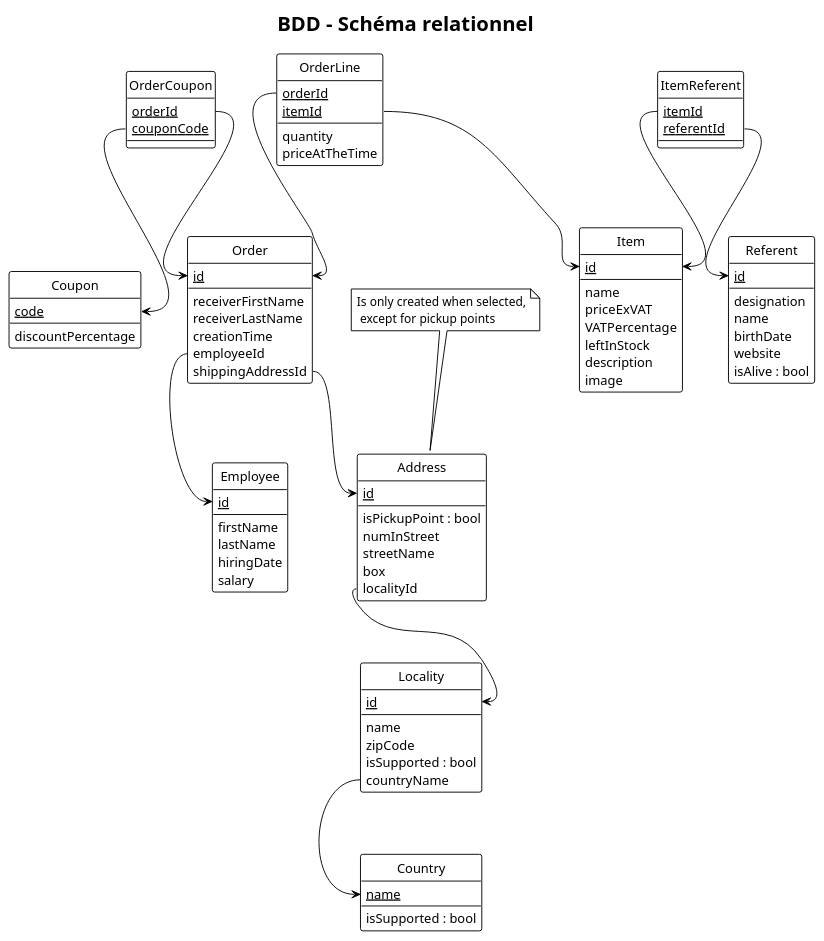
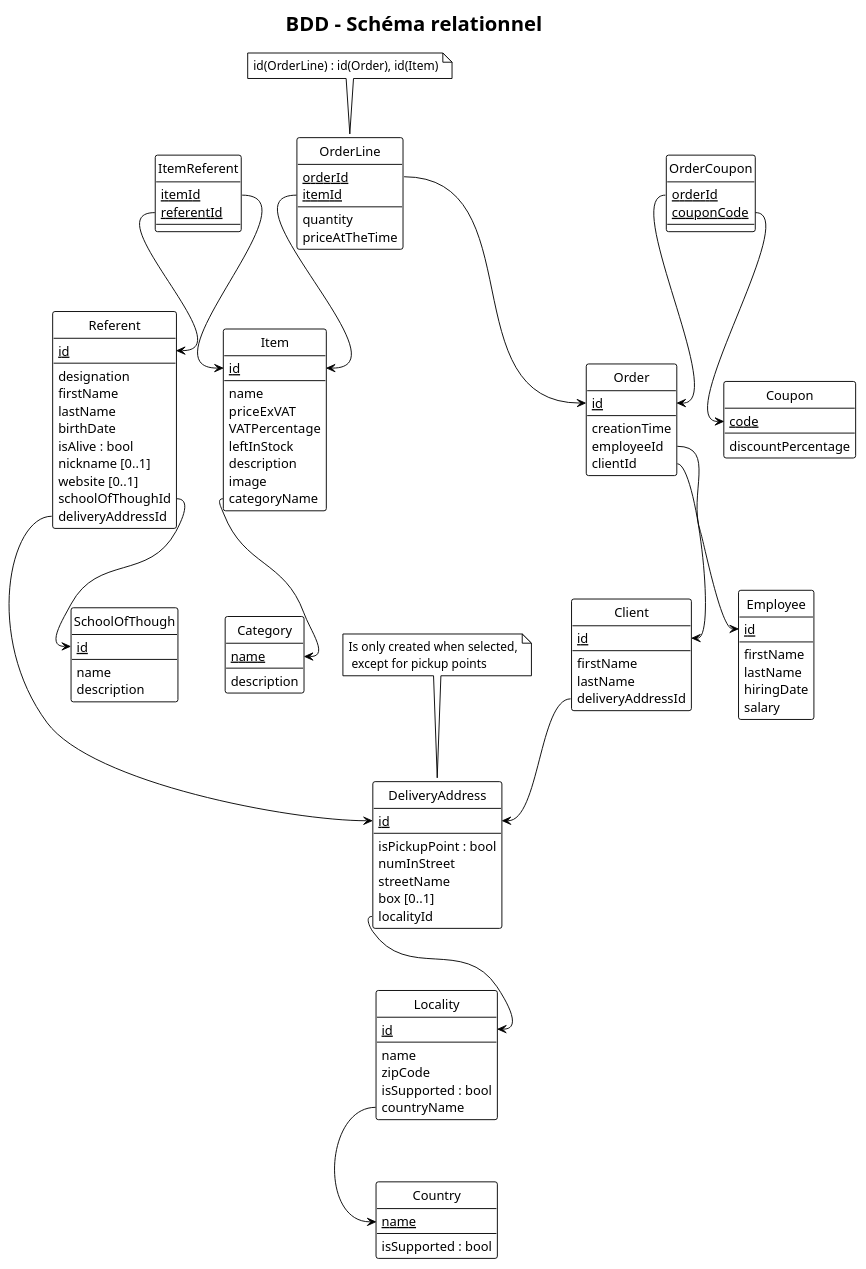
The diagram in BDD_Schéma_relationnel.puml (Keaexe/advanced_POO), drawn with PlantUML before and after one commit. The commit also changed 3 other files, not shown here.

Commit message:
update database diagrams

```diff
--- a/BDD_Schéma_relationnel.puml
+++ b/BDD_Schéma_relationnel.puml
@@ -1,106 +1,134 @@
 @startuml BDD - Schéma relationnel
 title BDD - Schéma relationnel
 !theme plain
 hide circle
 
-entity Item {
-    <u>id</u>
-    --
-    name
-    priceExVAT
-    VATPercentage
-    leftInStock
-    description
-    image
+entity Item{
+  <u>id</u>
+  --
+  name
+  priceExVAT
+  VATPercentage
+  leftInStock
+  description
+  image
+  categoryName
+}
+entity Category{
+  <u>name</u>
+  --
+  description
+}
+entity Referent{
+  <u>id</u>
+  --
+  designation
+  firstName
+  lastName
+  birthDate
+  isAlive : bool
+  nickname [0..1]
+  website [0..1]
+  schoolOfThoughId
+  deliveryAddressId
+}
+entity SchoolOfThough{
+  <u>id</u>
+  --
+  name
+  description
+}
+entity Order{
+  <u>id</u>
+  --
+  creationTime
+  employeeId
+  clientId
+}
+entity Client{
+  <u>id</u>
+  --
+  firstName
+  lastName
+  deliveryAddressId
+}
+entity OrderLine{
+  <u>orderId</u>
+  <u>itemId</u>
+  --
+  quantity
+  priceAtTheTime
 }
 
-entity Referent {
-    <u>id</u>
-    --
-    designation
-    name
-    birthDate
-    website
-    isAlive : bool
+note top of OrderLine : id(OrderLine) : id(Order), id(Item)
+
+entity Coupon{
+  <u>code</u>
+  --
+  discountPercentage
 }
 
-entity "Order" as OrderTable {
-    <u>id</u>
-    --
-    receiverFirstName
-    receiverLastName
-    creationTime
-    employeeId
-    shippingAddressId
+entity Employee{
+  <u>id</u>
+  --
+  firstName
+  lastName
+  hiringDate
+  salary
+}
+entity Country{
+  <u>name</u>
+  --
+  isSupported : bool
+}
+entity Locality{
+  <u>id</u>
+  --
+  name
+  zipCode
+  isSupported : bool
+  countryName
+}
+entity DeliveryAddress{
+  <u>id</u>
+  --
+  isPickupPoint : bool
+  numInStreet
+  streetName
+  box [0..1]
+  localityId
 }
 
-entity OrderLine {
-    <u>orderId</u>
-    <u>itemId</u>
-    --
-    quantity
-    priceAtTheTime
+note top of DeliveryAddress : Is only created when selected,\n except for pickup points
+
+entity OrderCoupon{
+  <u>orderId</u>
+  <u>couponCode</u>
+}
+entity ItemReferent{
+  <u>itemId</u>
+  <u>referentId</u>
 }
 
-entity Coupon {
-    <u>code</u>
-    --
-    discountPercentage
-}
+Item::categoryName --> Category::name
 
-entity Employee {
-    <u>id</u>
-    --
-    firstName
-    lastName
-    hiringDate
-    salary
-}
+Referent::schoolOfThoughId --> SchoolOfThough::id
+Referent::deliveryAddressId --> DeliveryAddress::id
 
-entity Country {
-    <u>name</u>
-    --
-    isSupported : bool
-}
+Order::employeeId --> Employee::id
+Order::clientId --> Client::id
 
-entity Locality {
-    <u>id</u>
-    --
-    name
-    zipCode
-    isSupported : bool
-    countryName
-}
+Client::deliveryAddressId --> DeliveryAddress::id
 
-entity Address {
-    <u>id</u>
-    --
-    isPickupPoint : bool
-    numInStreet
-    streetName
-    box
-    localityId
-}
-note top of Address : Is only created when selected,\n except for pickup points
+OrderLine::orderId --> Order::id
+OrderLine::itemId --> Item::id
 
-entity OrderCoupon {
-    <u>orderId</u>
-    <u>couponCode</u>
-}
+Locality::countryName --> Country::name
+DeliveryAddress::localityId --> Locality::id
 
-entity ItemReferent {
-    <u>itemId</u>
-    <u>referentId</u>
-}
+OrderCoupon::orderId --> Order::id
+OrderCoupon::couponCode --> Coupon::code
 
-OrderTable::employeeId --> Employee::id
-OrderTable::shippingAddressId --> Address::id
-OrderLine::orderId --> OrderTable::id
-OrderLine::itemId --> Item::id
-Locality::countryName --> Country::name
-Address::localityId --> Locality::id
-OrderCoupon::orderId --> OrderTable::id
-OrderCoupon::couponCode --> Coupon::code
 ItemReferent::itemId --> Item::id
 ItemReferent::referentId --> Referent::id
 @enduml
```
